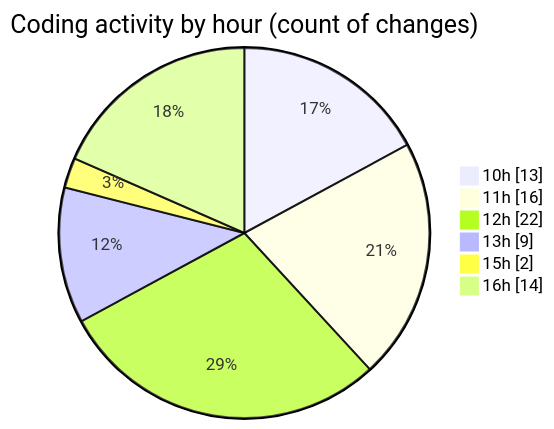
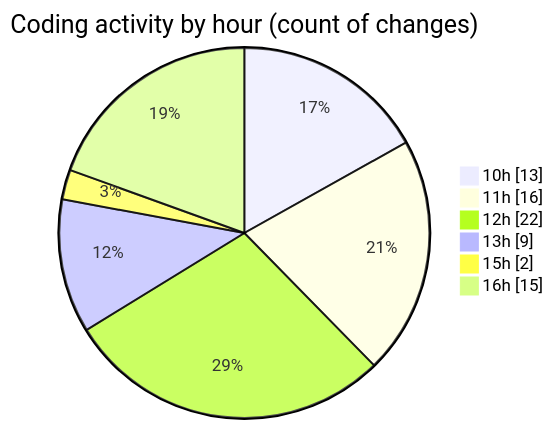
One commit to momahboobian/code-tracking changed the second of 2 diagrams in 2025-05-27/cda/README.md. Above: the diagram before and after it, drawn with Mermaid. The commit also changed other lines of this file and 1 other file, not shown here.

````diff
--- a/2025-05-27/cda/README.md
+++ b/2025-05-27/cda/README.md
@@ -41,10 +41,10 @@
 ```mermaid
 pie showData
 title Coding activity by hour (count of changes)
 "10h" : 13
 "11h" : 16
 "12h" : 22
 "13h" : 9
 "15h" : 2
-"16h" : 14
+"16h" : 15
 ```
````
